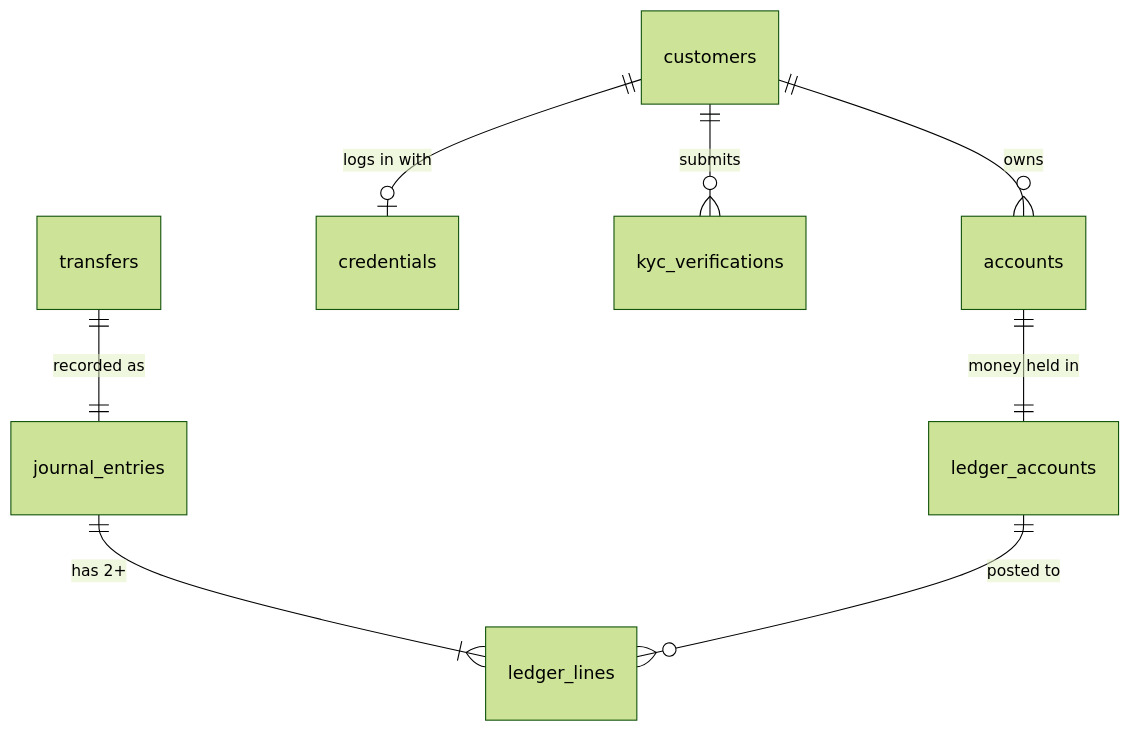
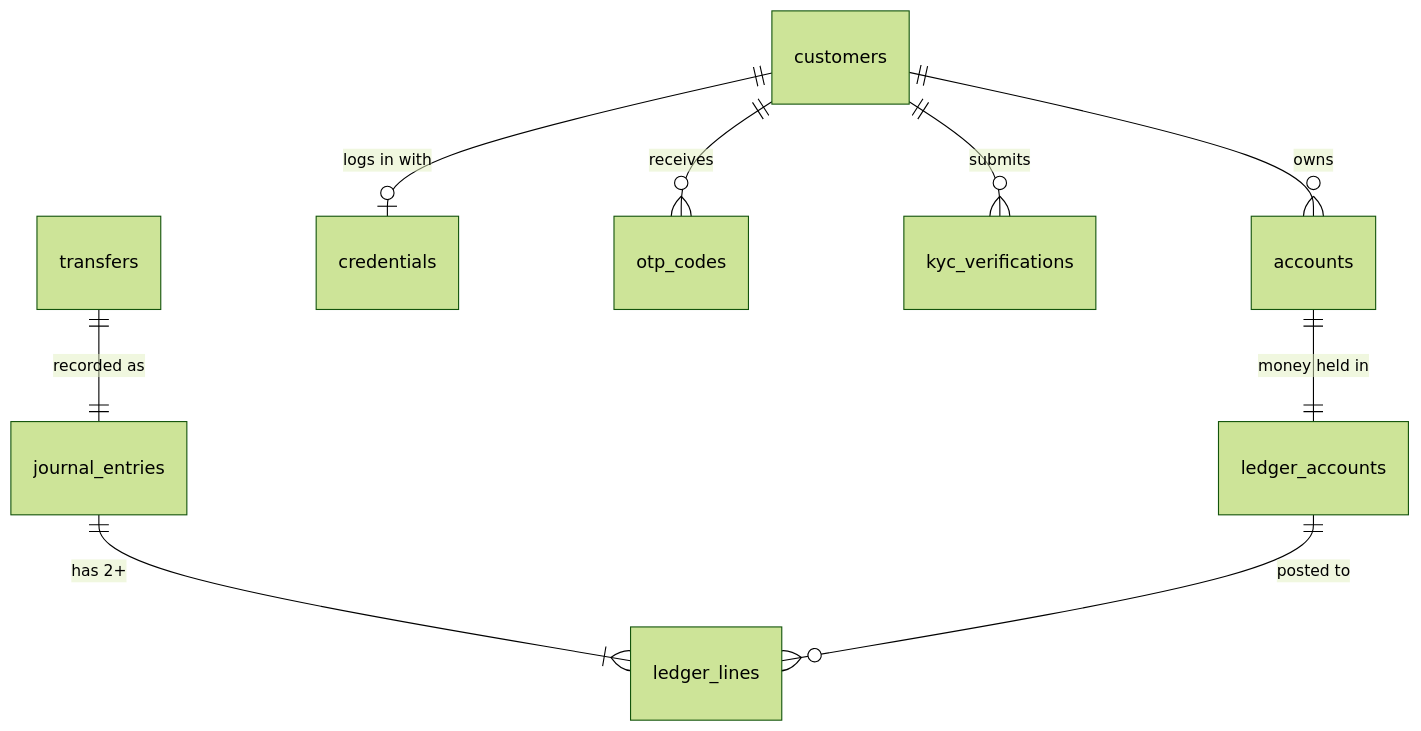
The third of 3 diagrams in docs/DESIGN.md (devhenode/Banking-API), drawn with Mermaid (forest theme) before and after one commit. The commit also changed other lines of this file and 2 other files, not shown here.

Commit message:
docs: document credentials and otp_codes data model (ADR-23)

````diff
--- a/docs/DESIGN.md
+++ b/docs/DESIGN.md
@@ -371,10 +373,11 @@
 ```mermaid
 erDiagram
     customers ||--o{ accounts : owns
     customers ||--o| credentials : "logs in with"
+    customers ||--o{ otp_codes : receives
     customers ||--o{ kyc_verifications : submits
     accounts ||--|| ledger_accounts : "money held in"
     journal_entries ||--|{ ledger_lines : "has 2+"
     ledger_accounts ||--o{ ledger_lines : "posted to"
     transfers ||--|| journal_entries : "recorded as"
 ```
````
